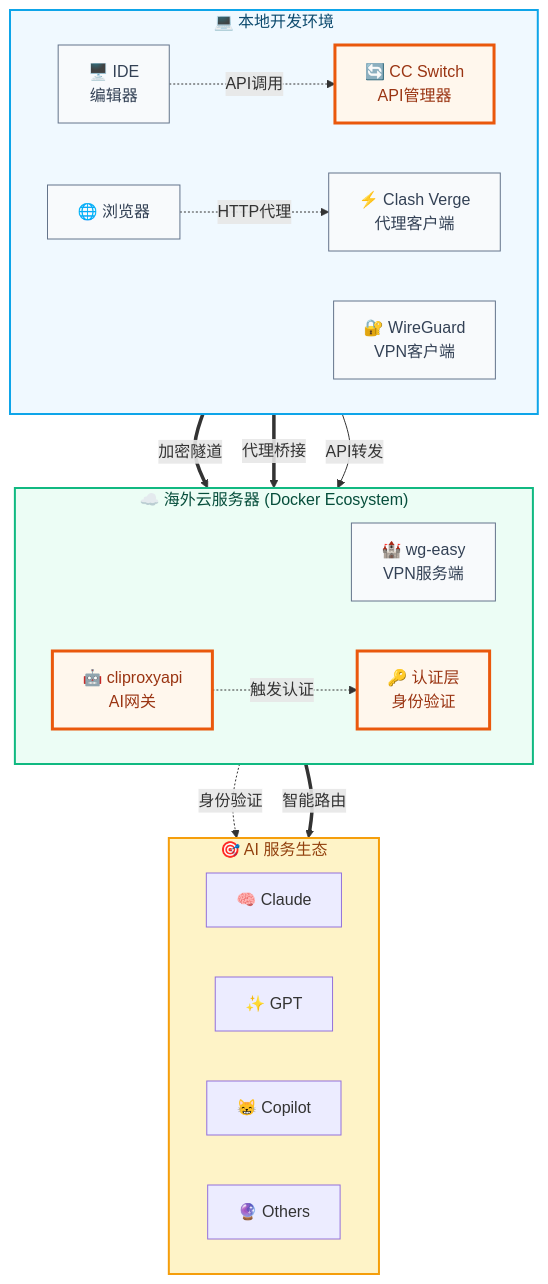
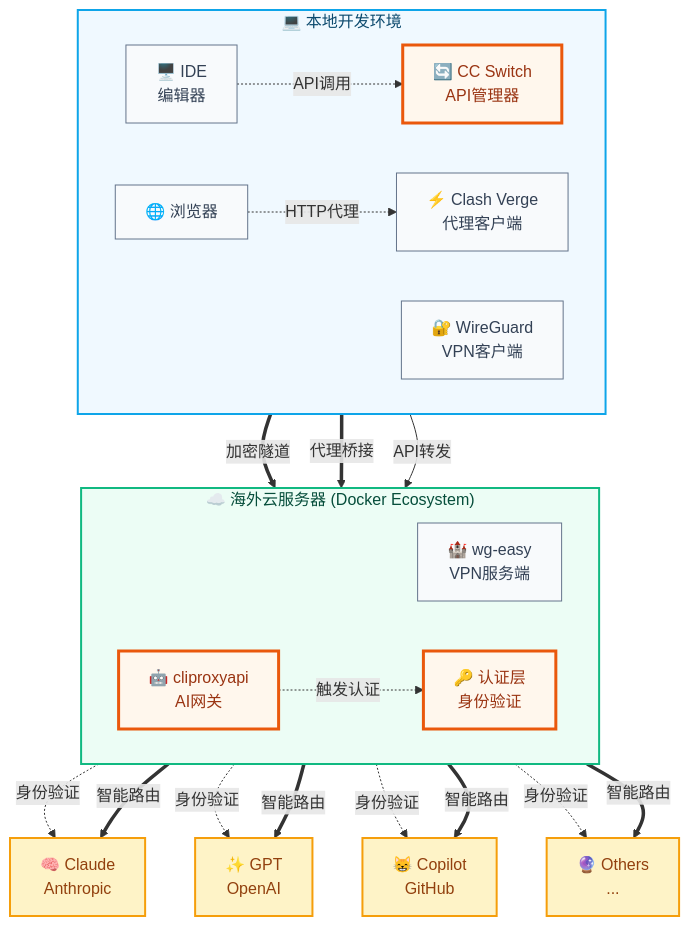
The diagram in docs/_posts/overseas-dev-environment.md (zhaofutao04/zblog), drawn with Mermaid before and after one commit.

Commit message:
docs: 修正架构图AI服务生态横向分布
布局修正 📐：
- 🎯 AI服务横向排列：移除subgraph包装，直接横向分布
- 🔗 连接关系优化：认证层和API网关分别连接各AI服务
- 📏 视觉层次清晰：Claude、GPT、Copilot、Others 自然横向对齐
- 🎨 样式统一应用：每个AI服务独立应用金色主题

现在AI服务生态真正实现了横向分布！

````diff
--- a/docs/_posts/overseas-dev-environment.md
+++ b/docs/_posts/overseas-dev-environment.md
@@ -38,59 +38,63 @@
 ```mermaid
 flowchart TB
     %% ========== 本地开发环境 ==========
     subgraph Local["💻 本地开发环境"]
         direction LR
         IDE["🖥️ IDE<br/>编辑器"]
         Browser["🌐 浏览器"]
         CCSwitch["🔄 CC Switch<br/>API管理器"]
         Clash["⚡ Clash Verge<br/>代理客户端"]
         WGClient["🔐 WireGuard<br/>VPN客户端"]
     end
 
     %% ========== 海外云服务器 ==========
     subgraph Cloud["☁️ 海外云服务器 (Docker Ecosystem)"]
         direction LR
         WGServer["🏰 wg-easy<br/>VPN服务端"]
         ApiGateway["🤖 cliproxyapi<br/>AI网关"]
         AuthLayer["🔑 认证层<br/>身份验证"]
     end
 
-    %% ========== AI 服务生态 ==========
-    subgraph AIEcosystem["🎯 AI 服务生态"]
-        direction LR
-        Claude["🧠 Claude"]
-        OpenAI["✨ GPT"]
-        Copilot["😸 Copilot"]
-        Others["🔮 Others"]
-    end
+    %% ========== AI 服务生态（横向排列）==========
+    Claude["🧠 Claude<br/>Anthropic"]
+    OpenAI["✨ GPT<br/>OpenAI"]
+    Copilot["😸 Copilot<br/>GitHub"]
+    Others["🔮 Others<br/>..."]
 
     %% ========== 连接关系 ==========
     %% 开发层连接
     IDE -.->|API调用| CCSwitch
     Browser -.->|HTTP代理| Clash
 
     %% 网络层连接
     WGClient ==>|加密隧道| WGServer
     Clash ==>|代理桥接| WGServer
 
     %% 代理层连接
     CCSwitch -->|API转发| ApiGateway
     ApiGateway -.->|触发认证| AuthLayer
 
-    %% 服务层连接
-    AuthLayer -.->|身份验证| AIEcosystem
-    ApiGateway ==>|智能路由| AIEcosystem
+    %% 服务层连接（横向分布）
+    AuthLayer -.->|身份验证| Claude
+    AuthLayer -.->|身份验证| OpenAI
+    AuthLayer -.->|身份验证| Copilot
+    AuthLayer -.->|身份验证| Others
+
+    ApiGateway ==>|智能路由| Claude
+    ApiGateway ==>|智能路由| OpenAI
+    ApiGateway ==>|智能路由| Copilot
+    ApiGateway ==>|智能路由| Others
 
     %% ========== 视觉样式 ==========
     classDef localStyle fill:#f0f9ff,stroke:#0ea5e9,stroke-width:2px,color:#0c4a6e
     classDef cloudStyle fill:#ecfdf5,stroke:#10b981,stroke-width:2px,color:#064e3b
     classDef aiStyle fill:#fef3c7,stroke:#f59e0b,stroke-width:2px,color:#92400e
     classDef coreComponent fill:#fff7ed,stroke:#ea580c,stroke-width:3px,color:#9a3412
     classDef devTool fill:#f8fafc,stroke:#64748b,stroke-width:1px,color:#334155
 
     class Local localStyle
     class Cloud cloudStyle
-    class AIEcosystem aiStyle
+    class Claude,OpenAI,Copilot,Others aiStyle
     class CCSwitch,ApiGateway,AuthLayer coreComponent
     class IDE,Browser,Clash,WGClient,WGServer devTool
 ```
````
